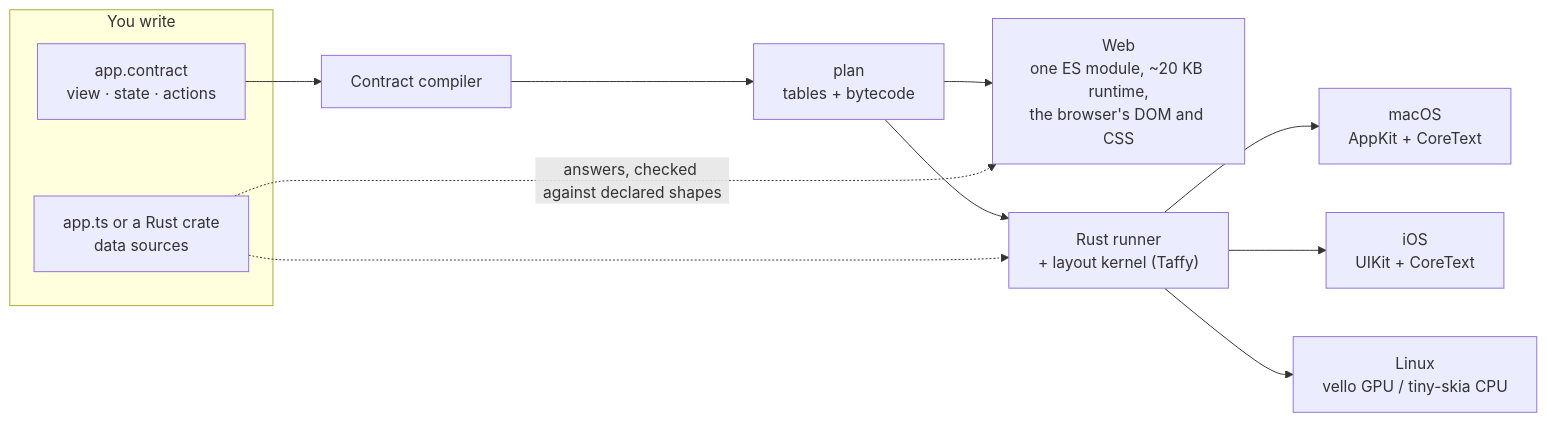
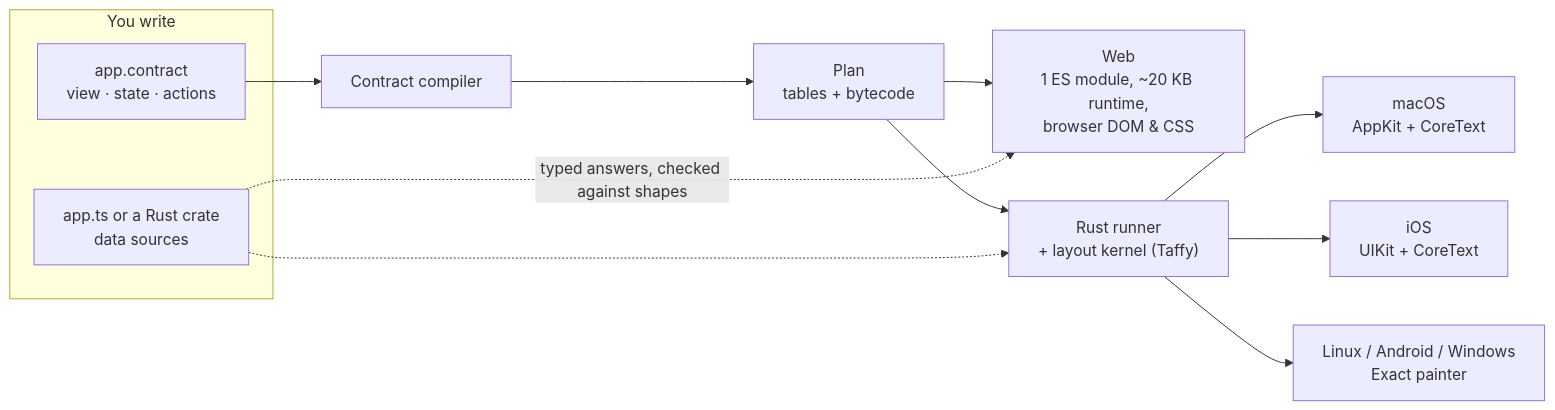
One commit to AaronFriel/exact changed the diagram in README.md. Above: the diagram before and after it, drawn with Mermaid. The commit also changed other lines of this file and 1 other file, not shown here.

Commit message:
Rewrite README for external developers and move Linux KMS/VNC notes to reference

````diff
--- a/README.md
+++ b/README.md
@@ -298,15 +358,15 @@
 ```mermaid
 flowchart LR
   subgraph author["You write"]
     C["app.contract<br/>view · state · actions"]
     D["app.ts or a Rust crate<br/>data sources"]
   end
-  C --> K["Contract compiler"] --> P["plan<br/>tables + bytecode"]
-  P --> W["Web<br/>one ES module, ~20 KB runtime,<br/>the browser's DOM and CSS"]
+  C --> K["Contract compiler"] --> P["Plan<br/>tables + bytecode"]
+  P --> W["Web<br/>1 ES module, ~20 KB runtime,<br/>browser DOM & CSS"]
   P --> R["Rust runner<br/>+ layout kernel (Taffy)"]
   R --> M["macOS<br/>AppKit + CoreText"]
   R --> I["iOS<br/>UIKit + CoreText"]
-  R --> L["Linux<br/>vello GPU / tiny-skia CPU"]
-  D -.->|answers, checked against declared shapes| W
+  R --> L["Linux / Android / Windows<br/>Exact painter"]
+  D -.->|typed answers, checked against shapes| W
   D -.-> R
 ```
````
